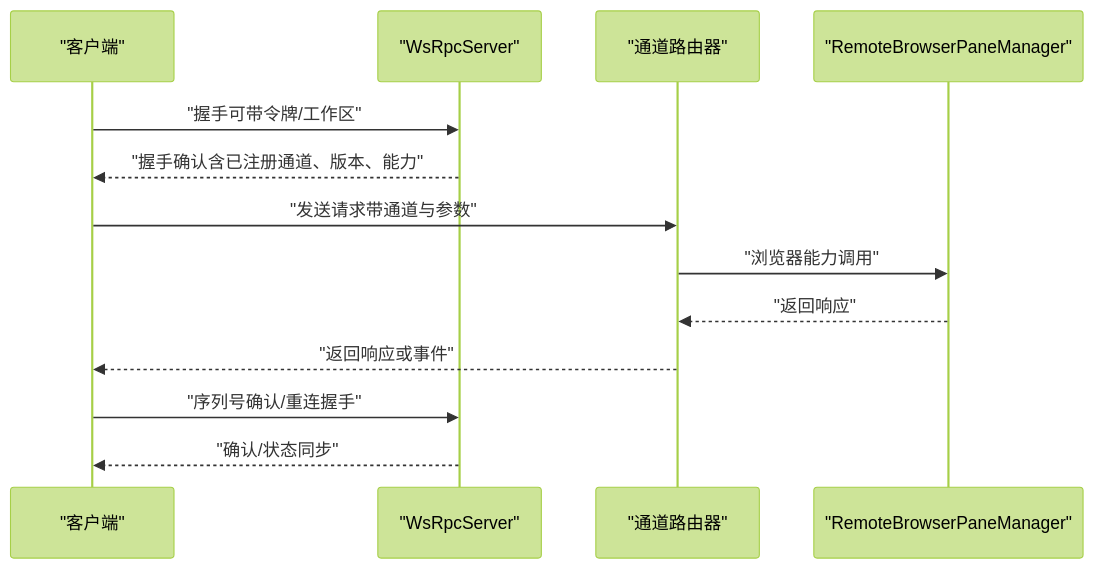
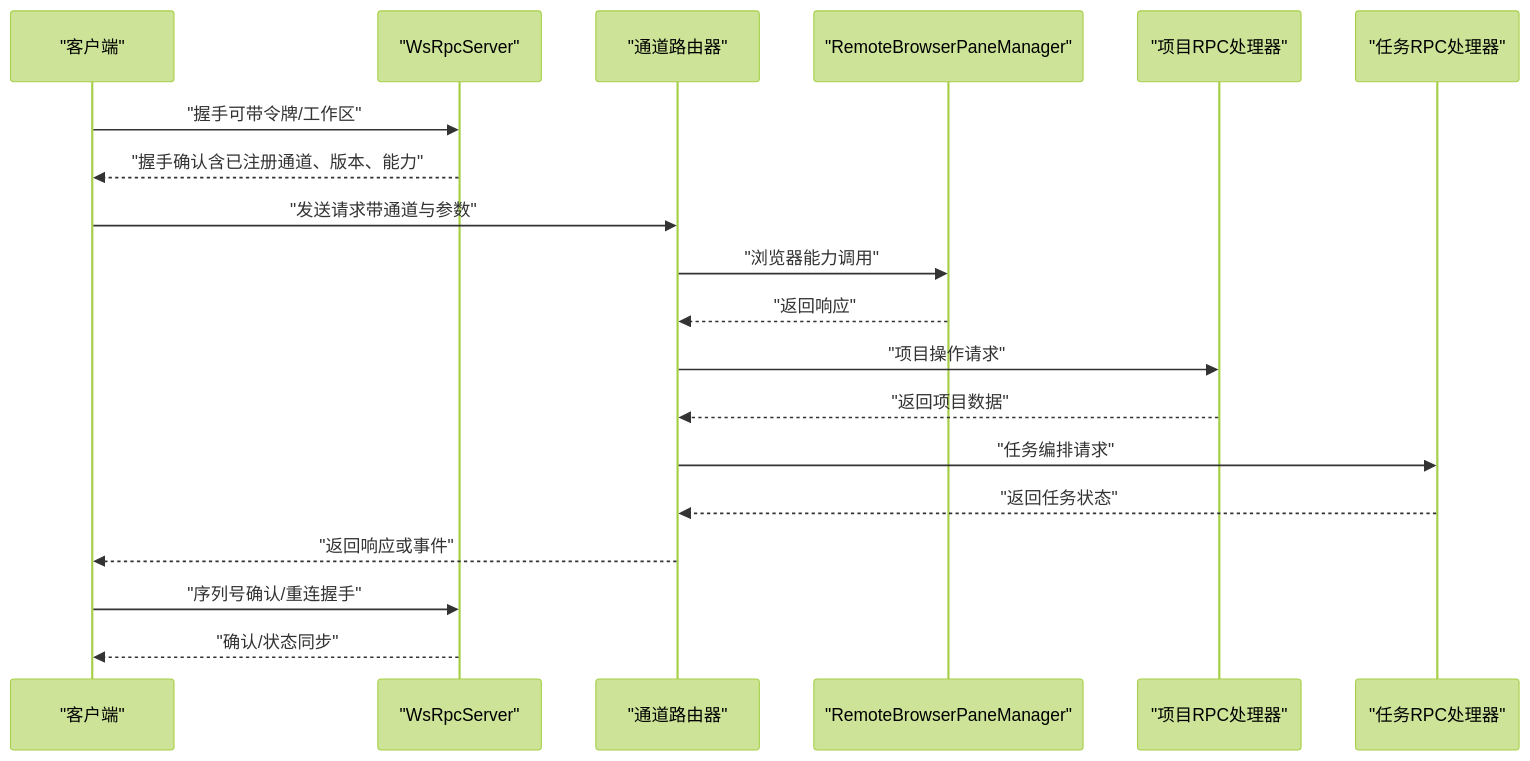
The seventh of 12 diagrams in .qoder/repowiki/zh/content/服务器架构/服务器核心/服务器核心.md (haolange/craft-agents-oss), drawn with Mermaid (forest theme) before and after one commit. The commit also changed other lines of this file and 8 other files, not shown here.

````diff
--- a/.qoder/repowiki/zh/content/服务器架构/服务器核心/服务器核心.md
+++ b/.qoder/repowiki/zh/content/服务器架构/服务器核心/服务器核心.md
@@ -337,15 +413,21 @@
 ```mermaid
 sequenceDiagram
 participant Client as "客户端"
 participant Server as "WsRpcServer"
 participant Router as "通道路由器"
 participant RBPM as "RemoteBrowserPaneManager"
+participant Projects as "项目RPC处理器"
+participant Tasks as "任务RPC处理器"
 Client->>Server : "握手可带令牌/工作区"
 Server-->>Client : "握手确认含已注册通道、版本、能力"
 Client->>Router : "发送请求带通道与参数"
 Router->>RBPM : "浏览器能力调用"
 RBPM-->>Router : "返回响应"
+Router->>Projects : "项目操作请求"
+Projects-->>Router : "返回项目数据"
+Router->>Tasks : "任务编排请求"
+Tasks-->>Router : "返回任务状态"
 Router-->>Client : "返回响应或事件"
 Client->>Server : "序列号确认/重连握手"
 Server-->>Client : "确认/状态同步"
 ```
````
